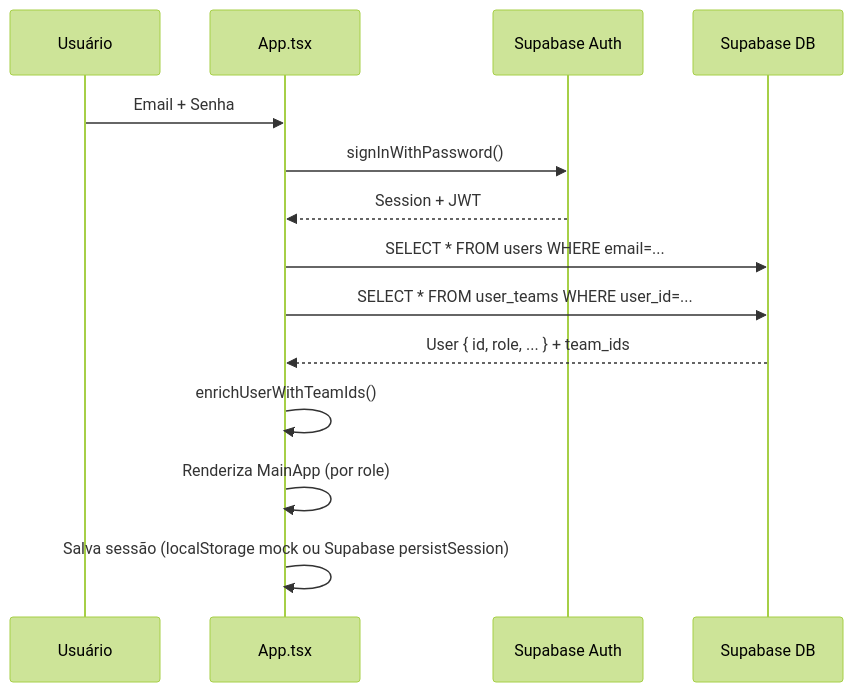
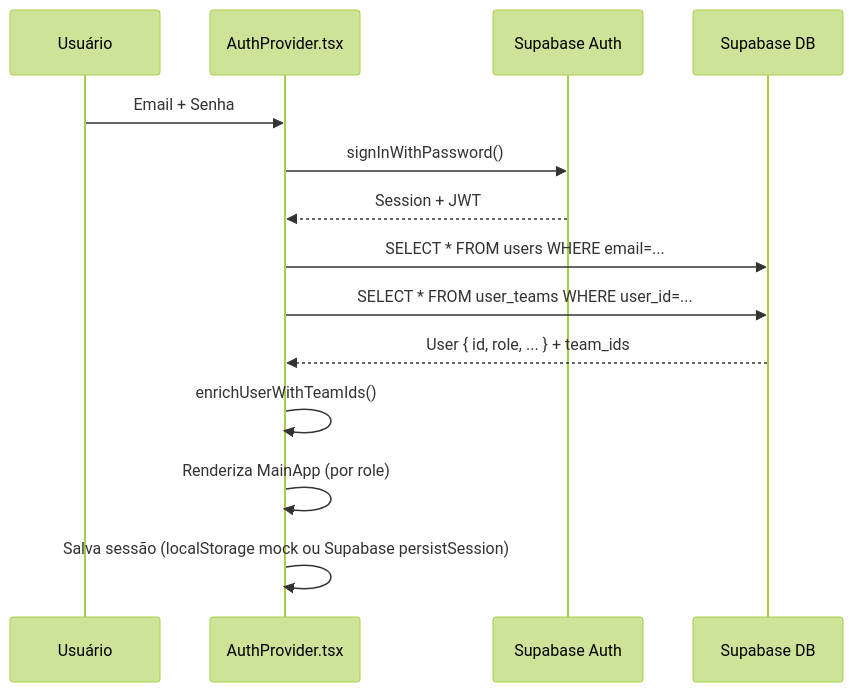
The first of 2 diagrams in docs/flows/authentication.md (allanscode/QualiTrack), drawn with Mermaid (forest theme) before and after one commit. The commit also changed other lines of this file and 44 other files, not shown here.

````diff
--- a/docs/flows/authentication.md
+++ b/docs/flows/authentication.md
@@ -11,17 +11,17 @@
 ```mermaid
 sequenceDiagram
     participant U as Usuário
-    participant App as App.tsx
+    participant App as AuthProvider.tsx
     participant SB as Supabase Auth
     participant DB as Supabase DB
 
     U->>App: Email + Senha
     App->>SB: signInWithPassword()
     SB-->>App: Session + JWT
     App->>DB: SELECT * FROM users WHERE email=...
     App->>DB: SELECT * FROM user_teams WHERE user_id=...
     DB-->>App: User { id, role, ... } + team_ids
     App->>App: enrichUserWithTeamIds()
     App->>App: Renderiza MainApp (por role)
     App->>App: Salva sessão (localStorage mock ou Supabase persistSession)
 ```
````
